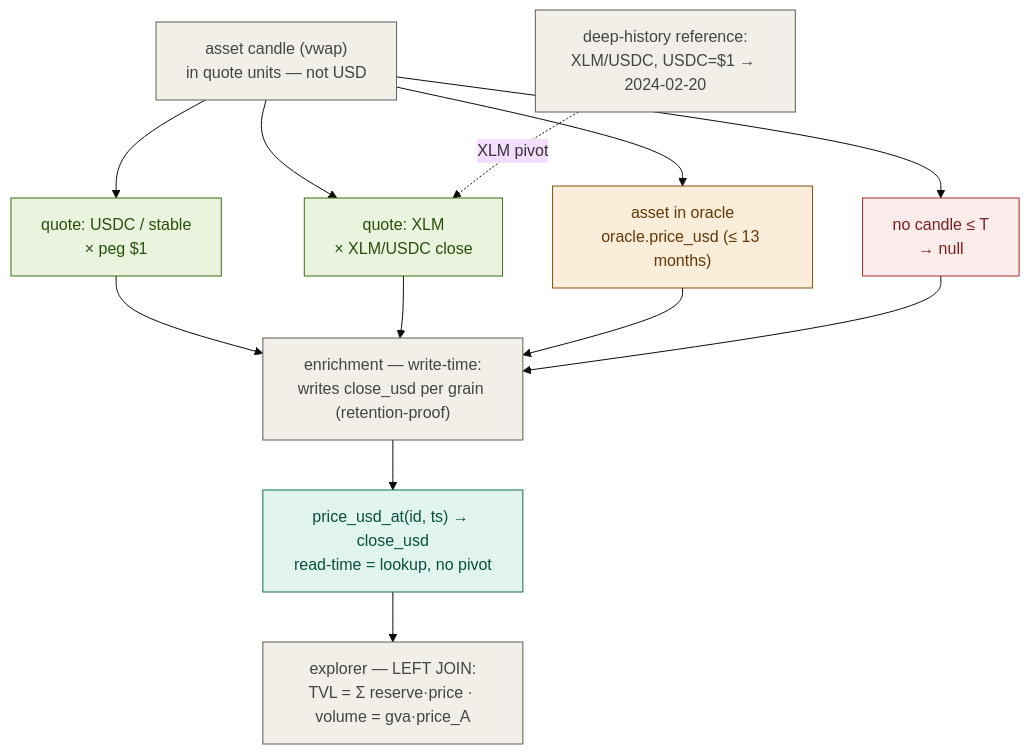
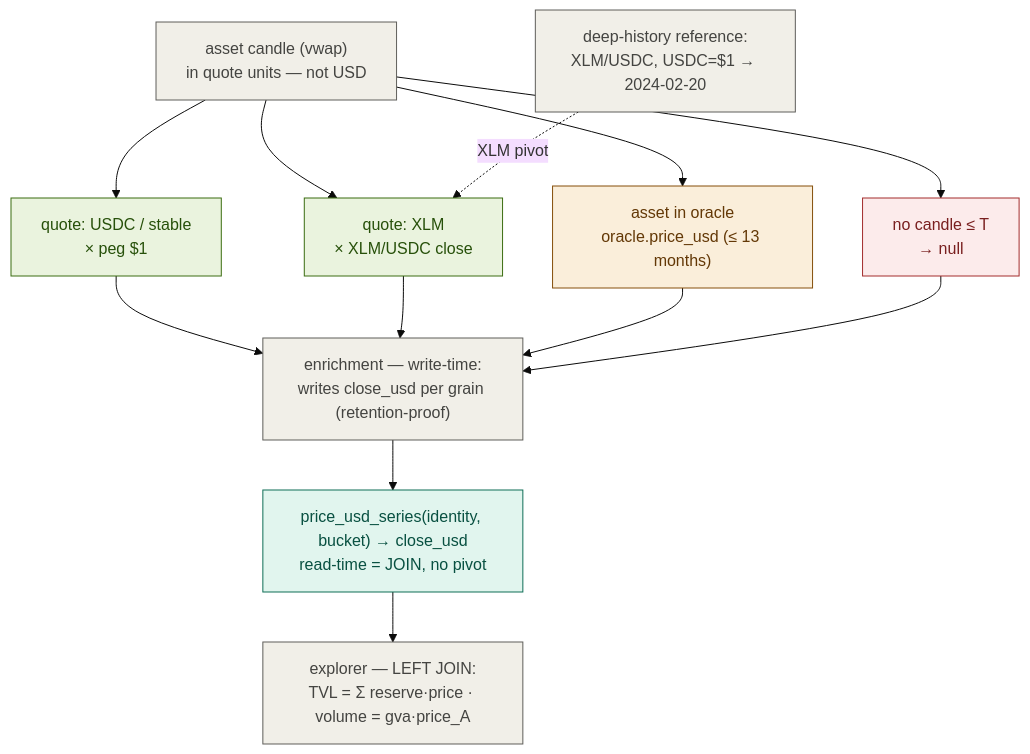
One commit to rumblefishdev/soroban-block-explorer changed the diagram in lore/1-tasks/blocked/0199_FEATURE_lp-analytics/notes/G-price-usd-pivot.mmd. Above: the diagram before and after it, drawn with Mermaid (base theme). The commit also changed 5 other files, not shown here.

```diff
--- a/lore/1-tasks/blocked/0199_FEATURE_lp-analytics/notes/G-price-usd-pivot.mmd
+++ b/lore/1-tasks/blocked/0199_FEATURE_lp-analytics/notes/G-price-usd-pivot.mmd
@@ -1,33 +1,33 @@
 %% asset -> usd routing; pivot is write-time (close_usd materialized per grain)
 %% Source for G-price-usd-pivot.svg. Edit + re-render via /mermaid-diagrams.
 graph TB
   IN["asset candle (vwap)<br/>in quote units — not USD"]
   Q1["quote: USDC / stable<br/>× peg $1"]
   Q2["quote: XLM<br/>× XLM/USDC close"]
   Q3["asset in oracle<br/>oracle.price_usd (≤ 13 months)"]
   Q4["no candle ≤ T<br/>→ null"]
   REF["deep-history reference:<br/>XLM/USDC, USDC=$1 → 2024-02-20"]
   ENR["enrichment — write-time:<br/>writes close_usd per grain (retention-proof)"]
-  VIEW["price_usd_at(id, ts) → close_usd<br/>read-time = lookup, no pivot"]
+  VIEW["price_usd_series(identity, bucket) → close_usd<br/>read-time = JOIN, no pivot"]
   EXP["explorer — LEFT JOIN:<br/>TVL = Σ reserve·price · volume = gva·price_A"]
   IN --> Q1
   IN --> Q2
   IN --> Q3
   IN --> Q4
   REF -.->|XLM pivot| Q2
   Q1 --> ENR
   Q2 --> ENR
   Q3 --> ENR
   Q4 --> ENR
   ENR --> VIEW
   VIEW --> EXP
   classDef ok fill:#EAF3DE,stroke:#3B6D11,color:#27500A;
   classDef lim fill:#FAEEDA,stroke:#854F0B,color:#633806;
   classDef none fill:#FCEBEB,stroke:#A32D2D,color:#791F1F;
   classDef iface fill:#E1F5EE,stroke:#0F6E56,color:#085041;
   classDef neut fill:#F1EFE8,stroke:#5F5E5A,color:#444441;
   class Q1,Q2 ok;
   class Q3 lim;
   class Q4 none;
   class VIEW iface;
   class IN,REF,ENR,EXP neut;
```
